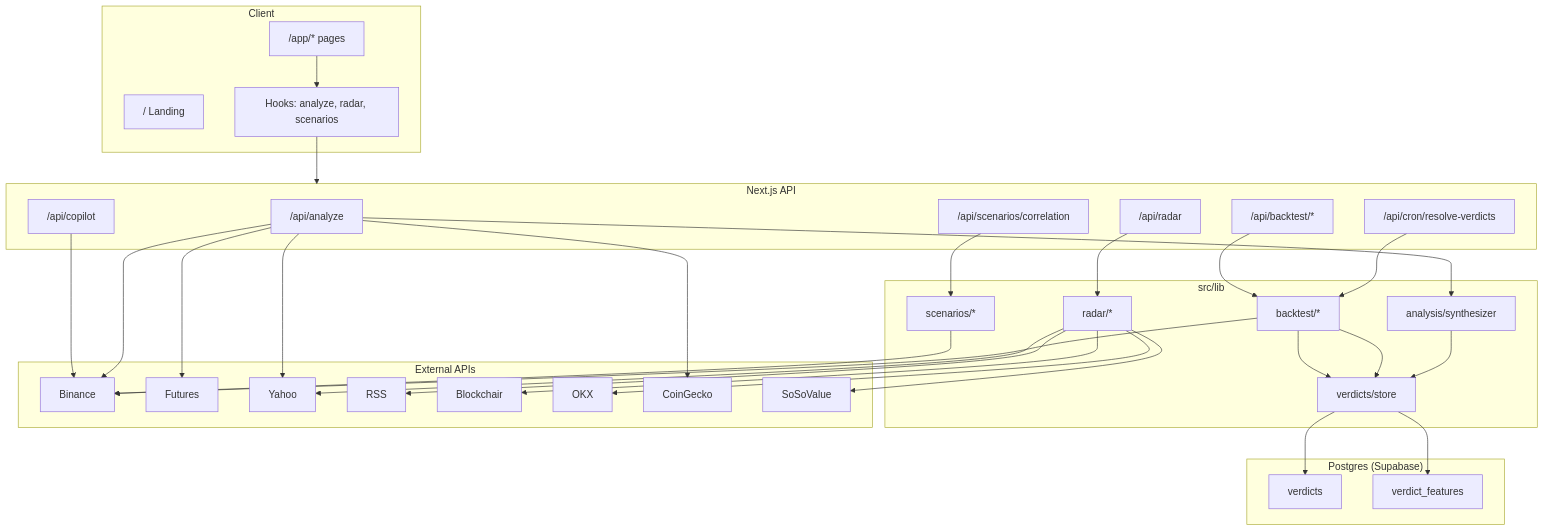
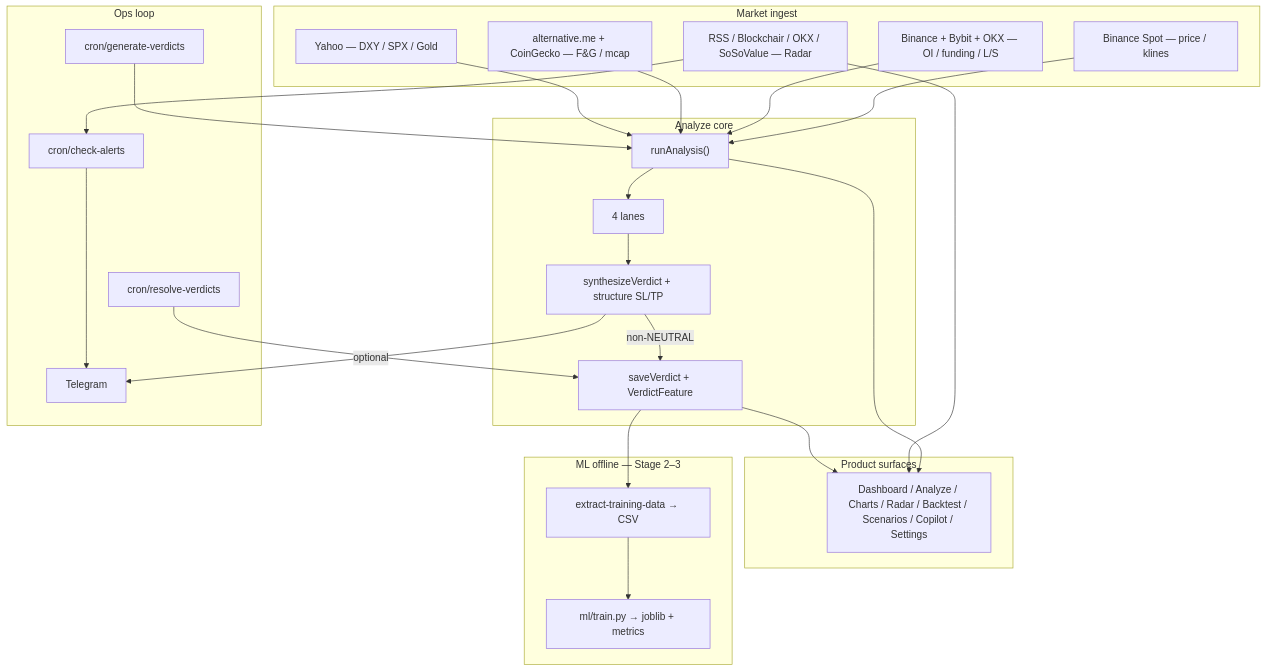
Before and after one commit to bistdheerendra/crypto-tracker: the first of 4 diagrams in docs/PROJECT.md, drawn with Mermaid. The commit also changed other lines of this file and 17 other files, not shown here.

````diff
--- a/docs/PROJECT.md
+++ b/docs/PROJECT.md
@@ -61,52 +71,44 @@
 ```mermaid
 flowchart TB
-  subgraph Client
-    Landing["/ Landing"]
-    App["/app/* pages"]
-    Hooks["Hooks: analyze, radar, scenarios"]
+  subgraph Ingest["Market ingest"]
+    Spot["Binance Spot — price / klines"]
+    Flow["Binance + Bybit + OKX — OI / funding / L/S"]
+    Narr["alternative.me + CoinGecko — F&G / mcap"]
+    Macro["Yahoo — DXY / SPX / Gold"]
+    RadarSrc["RSS / Blockchair / OKX / SoSoValue — Radar"]
   end
 
-  subgraph API["Next.js API"]
-    Analyze["/api/analyze"]
-    Radar["/api/radar"]
-    Copilot["/api/copilot"]
-    Backtest["/api/backtest/*"]
-    Cron["/api/cron/resolve-verdicts"]
-    Corr["/api/scenarios/correlation"]
+  subgraph Core["Analyze core"]
+    Run["runAnalysis()"]
+    Lanes["4 lanes"]
+    Synth["synthesizeVerdict + structure SL/TP"]
+    Save["saveVerdict + VerdictFeature"]
   end
 
-  subgraph Lib["src/lib"]
-    Synth["analysis/synthesizer"]
-    Store["verdicts/store"]
-    RadarLib["radar/*"]
-    BT["backtest/*"]
-    Scen["scenarios/*"]
+  subgraph Ops["Ops loop"]
+    GenCron["cron/generate-verdicts"]
+    ResCron["cron/resolve-verdicts"]
+    AlertCron["cron/check-alerts"]
+    TG["Telegram"]
   end
 
-  subgraph Ext["External APIs"]
-    Binance
-    Futures
-    Yahoo
-    RSS
-    Blockchair
-    OKX
-    CoinGecko
-    SoSoValue
+  subgraph Product["Product surfaces"]
+    UI["Dashboard / Analyze / Charts / Radar / Backtest / Scenarios / Copilot / Settings"]
   end
 
-  subgraph DB["Postgres (Supabase)"]
-    VerdictsTable["verdicts"]
-    FeaturesTable["verdict_features"]
+  subgraph ML["ML offline — Stage 2–3"]
+    Extract["extract-training-data → CSV"]
+    Train["ml/train.py → joblib + metrics"]
   end
 
-  App --> Hooks --> API
-  Analyze --> Synth --> Store
-  Store --> VerdictsTable
-  Store --> FeaturesTable
-  Analyze --> Binance & Futures & Yahoo & CoinGecko
-  Radar --> RadarLib --> RSS & Blockchair & OKX & Yahoo & SoSoValue
-  Cron --> BT --> Store & Binance
-  Backtest --> BT --> Store
-  Corr --> Scen --> Binance
-  Copilot --> Binance
+  Spot & Flow & Narr & Macro --> Run
+  Run --> Lanes --> Synth
+  Synth -->|non-NEUTRAL| Save
+  Synth -->|optional| TG
+  GenCron --> Run
+  ResCron --> Save
+  RadarSrc --> AlertCron --> TG
+  Save --> Extract --> Train
+  Run & RadarSrc --> UI
+  Save --> UI
 ```
````
